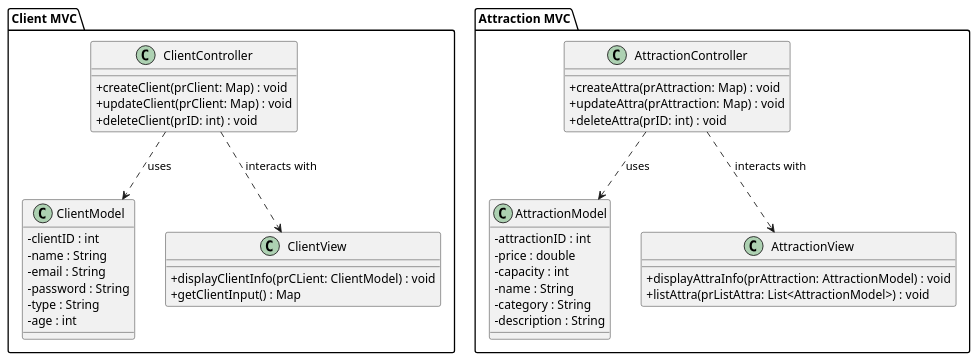
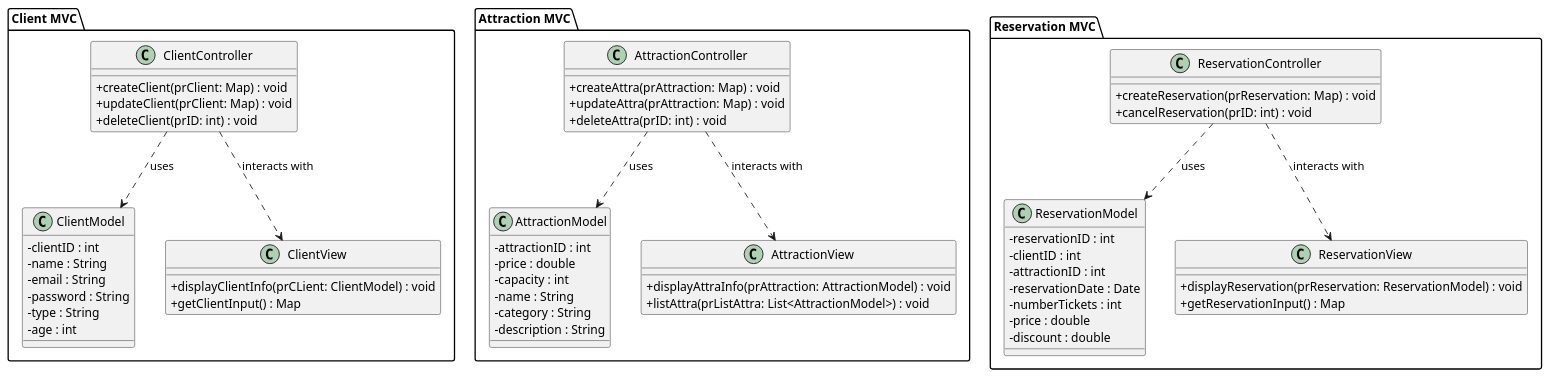
The diagram in ClassDiagram.puml (ECE-Paris-Ingeneering-School/projet-java-ing3-2025-ing3-java-2025-7-4), drawn with PlantUML before and after one commit.

Commit message:
Added Reservation MVC, still trying to make the workflow works

```diff
--- a/ClassDiagram.puml
+++ b/ClassDiagram.puml
@@ -1,59 +1,86 @@
 @startuml
 
 skinparam classAttributeIconSize 0
 
 ' ---------------------------
 ' Client MVC
 ' ---------------------------
 package "Client MVC" {
   class ClientModel {
     - clientID : int
     - name : String
     - email : String
     - password : String
     - type : String
     - age : int
   }
 
   class ClientView {
     + displayClientInfo(prCLient: ClientModel) : void
     + getClientInput() : Map
   }
 
   class ClientController {
     + createClient(prClient: Map) : void
     + updateClient(prClient: Map) : void
     + deleteClient(prID: int) : void
   }
 
   ClientController ..> ClientModel : uses
   ClientController ..> ClientView : interacts with
 }
 ' ---------------------------
 ' Attraction MVC
 ' ---------------------------
 package "Attraction MVC" {
   class AttractionModel {
     - attractionID : int
     - price : double
     - capacity : int
     - name : String
     - category : String
     - description : String
   }
 
   class AttractionView {
     + displayAttraInfo(prAttraction: AttractionModel) : void
     + listAttra(prListAttra: List<AttractionModel>) : void
   }
 
   class AttractionController {
     + createAttra(prAttraction: Map) : void
     + updateAttra(prAttraction: Map) : void
     + deleteAttra(prID: int) : void
   }
 
   AttractionController ..> AttractionModel : uses
   AttractionController ..> AttractionView : interacts with
 }
+' ---------------------------
+' Reservation MVC
+' ---------------------------
+package "Reservation MVC" {
+  class ReservationModel {
+    - reservationID : int
+    - clientID : int
+    - attractionID : int
+    - reservationDate : Date
+    - numberTickets : int
+    - price : double
+    - discount : double
+  }
+
+  class ReservationView {
+    + displayReservation(prReservation: ReservationModel) : void
+    + getReservationInput() : Map
+  }
+
+  class ReservationController {
+    + createReservation(prReservation: Map) : void
+    + cancelReservation(prID: int) : void
+  }
+
+  ReservationController ..> ReservationModel : uses
+  ReservationController ..> ReservationView : interacts with
+}
 @enduml
```
